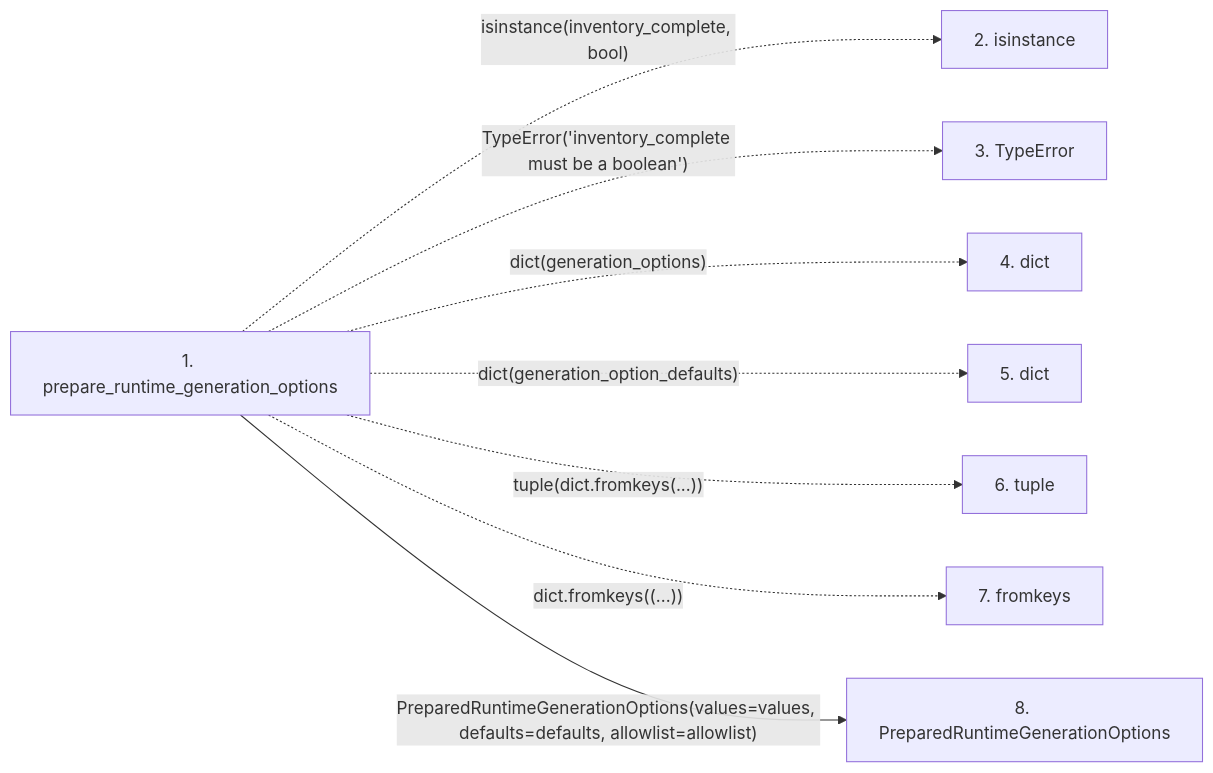
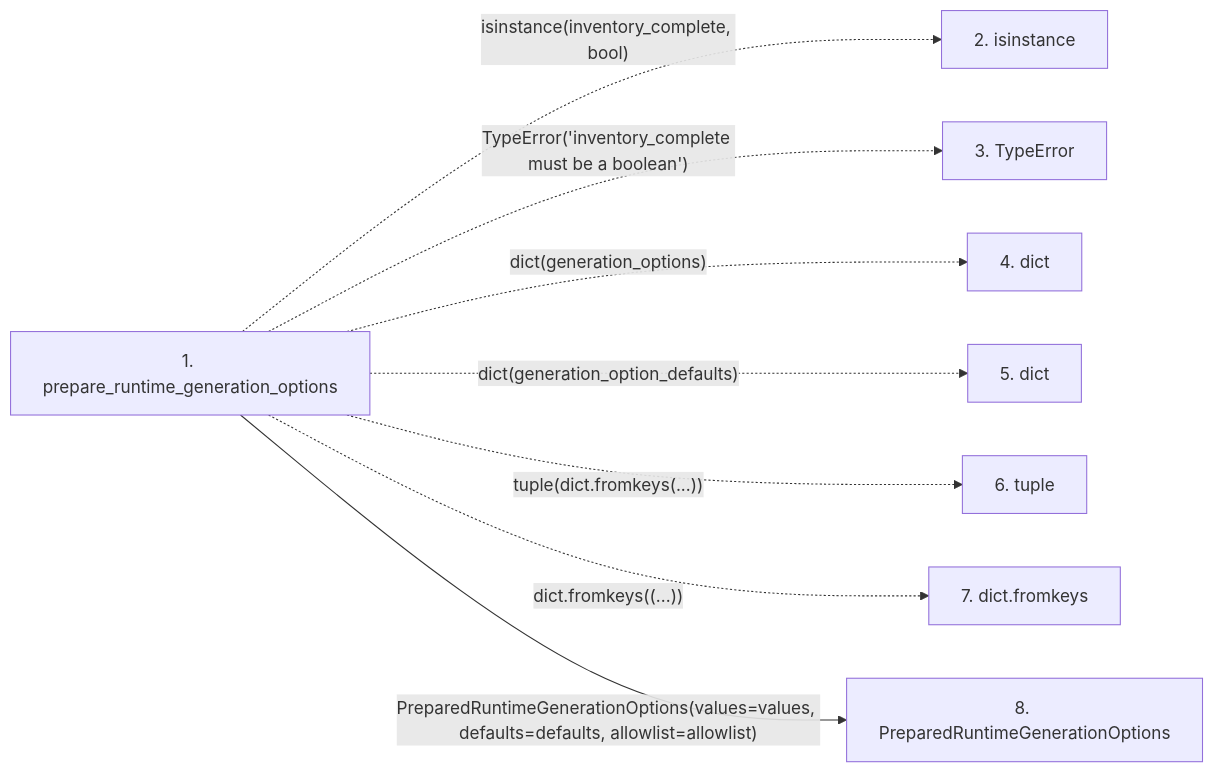
The second of 2 diagrams in docs/llm_wiki/flows/api-prepare_runtime_generation_options.md (Denissvgn/python-wiki-llm), drawn with Mermaid before and after one commit. The commit also changed other lines of this file and 719 other files, not shown here.

````diff
--- a/docs/llm_wiki/flows/api-prepare_runtime_generation_options.md
+++ b/docs/llm_wiki/flows/api-prepare_runtime_generation_options.md
@@ -31,20 +31,20 @@
 ```mermaid
 flowchart LR
     s1["1. prepare_runtime_generation_options"]
     s2["2. isinstance"]
     s3["3. TypeError"]
     s4["4. dict"]
     s5["5. dict"]
     s6["6. tuple"]
-    s7["7. fromkeys"]
+    s7["7. dict.fromkeys"]
     s8["8. PreparedRuntimeGenerationOptions"]
     s1 -. "isinstance(inventory_complete, bool)" .-> s2
     s1 -. "TypeError('inventory_complete must be a boolean')" .-> s3
     s1 -. "dict(generation_options)" .-> s4
     s1 -. "dict(generation_option_defaults)" .-> s5
     s1 -. "tuple(dict.fromkeys(...))" .-> s6
     s1 -. "dict.fromkeys((...))" .-> s7
     s1 -->|"PreparedRuntimeGenerationOptions(values=values, defaults=defaults, allowlist=allowlist)"| s8
     click s1 "../modules/knowledge_orchestration.md"
     click s8 "../modules/knowledge_orchestration.md"
 ```
````
